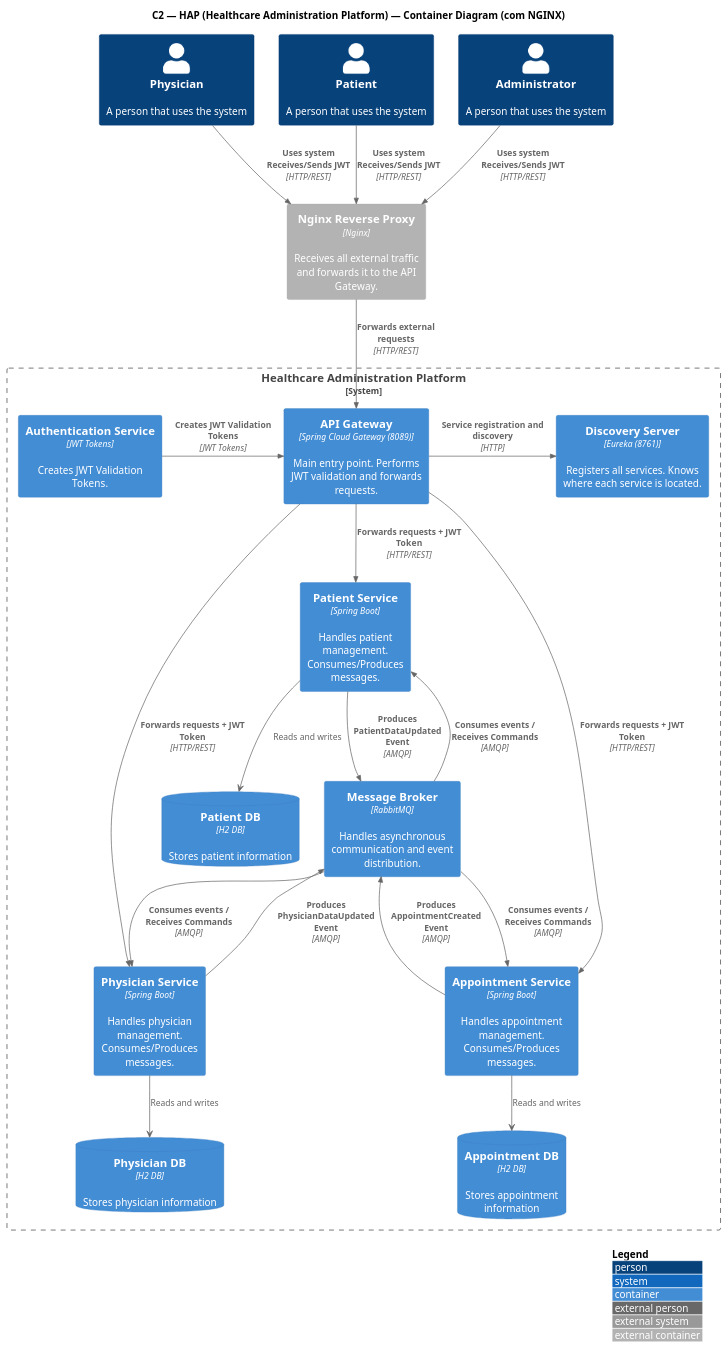
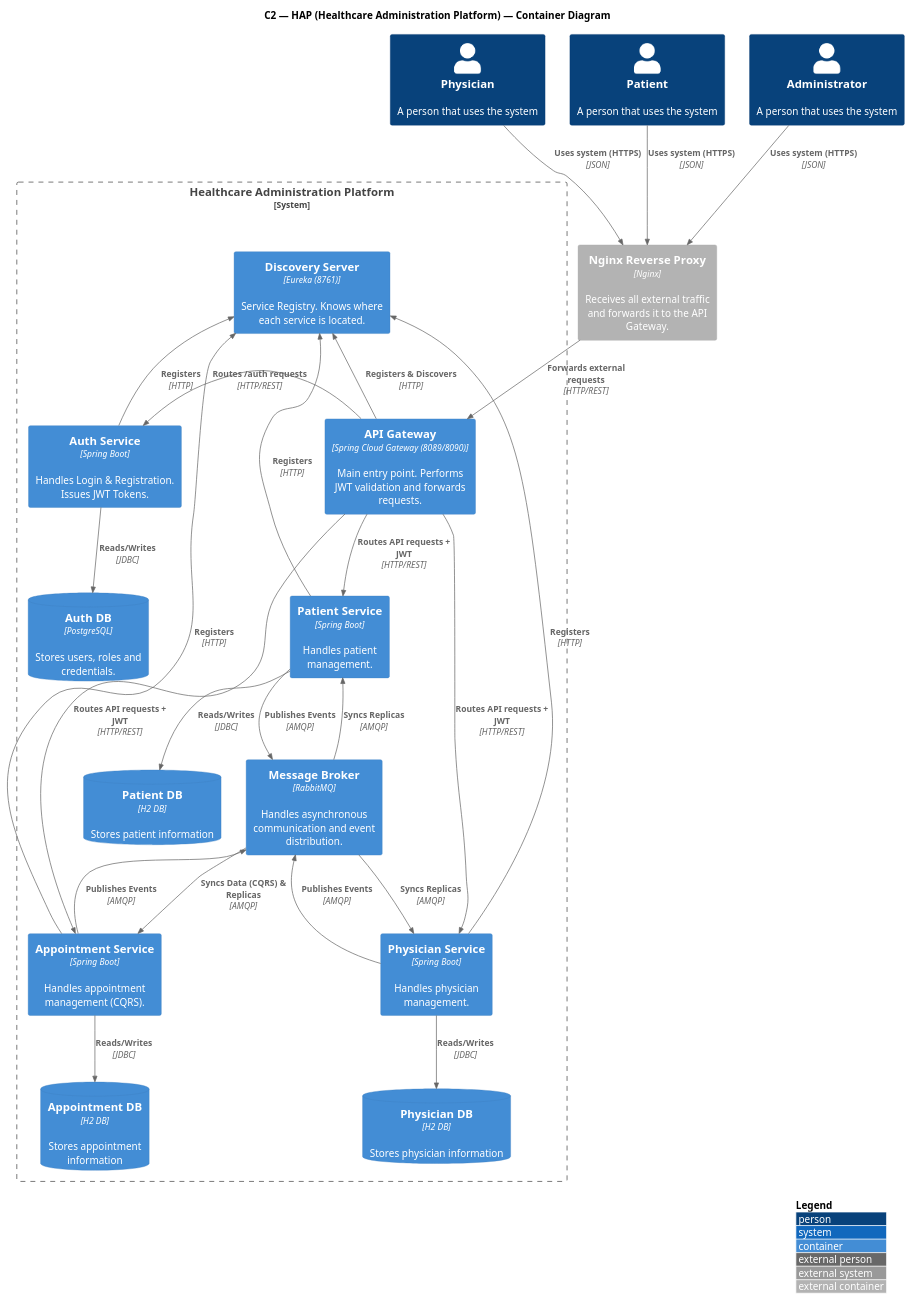
Before and after one commit to 1211104/PROJ_SIDIS2025: the diagram in docs/iteração2/C4/C2.puml, drawn with PlantUML. The commit also changed 3 other files, not shown here.

```diff
--- a/docs/iteração2/C4/C2.puml
+++ b/docs/iteração2/C4/C2.puml
@@ -1,65 +1,78 @@
 @startuml
-title C2 — HAP (Healthcare Administration Platform) — Container Diagram (com NGINX)
+title C2 — HAP (Healthcare Administration Platform) — Container Diagram
 
 !include https://raw.githubusercontent.com/plantuml-stdlib/C4-PlantUML/master/C4_Container.puml
 LAYOUT_WITH_LEGEND()
 
+' --- ATORES ---
 Person(physician, "Physician", "A person that uses the system")
 Person(patient, "Patient", "A person that uses the system")
 Person(admin, "Administrator", "A person that uses the system")
 
 skinparam shadowing false
 
-
+' --- EXTERNO ---
 Container_Ext(nginx, "Nginx Reverse Proxy", "Nginx", "Receives all external traffic and forwards it to the API Gateway.")
-
 
 System_Boundary(hap, "Healthcare Administration Platform") {
 
-  Container(api_gw, "API Gateway", "Spring Cloud Gateway (8089)", "Main entry point. Performs JWT validation and forwards requests.")
-  Container(authService, "Authentication Service", "JWT Tokens", "Creates JWT Validation Tokens.")
-  Container(discovery_server, "Discovery Server", "Eureka (8761)", "Registers all services. Knows where each service is located.")
+  ' --- INFRAESTRUTURA ---
+  Container(api_gw, "API Gateway", "Spring Cloud Gateway (8089/8090)", "Main entry point. Performs JWT validation and forwards requests.")
+  Container(discovery_server, "Discovery Server", "Eureka (8761)", "Service Registry. Knows where each service is located.")
   Container(rabbitmq, "Message Broker", "RabbitMQ", "Handles asynchronous communication and event distribution.")
 
-  Container(physiansService, "Physician Service", "Spring Boot", "Handles physician management. Consumes/Produces messages.")
-  Container(patientsService, "Patient Service", "Spring Boot", "Handles patient management. Consumes/Produces messages.")
-  Container(appointmentService, "Appointment Service", "Spring Boot", "Handles appointment management. Consumes/Produces messages.")
+  ' --- AUTHENTICATION ---
+  Container(authService, "Auth Service", "Spring Boot", "Handles Login & Registration. Issues JWT Tokens.")
+  ContainerDb(AuthDB, "Auth DB", "PostgreSQL", "Stores users, roles and credentials.")
 
+  ' --- BUSINESS SERVICES ---
+  Container(physiansService, "Physician Service", "Spring Boot", "Handles physician management.")
+  Container(patientsService, "Patient Service", "Spring Boot", "Handles patient management.")
+  Container(appointmentService, "Appointment Service", "Spring Boot", "Handles appointment management (CQRS).")
+
+  ' --- DATABASES ---
   ContainerDb(PatientsDB, "Patient DB", "H2 DB", "Stores patient information")
   ContainerDb(PhysiciansDB, "Physician DB", "H2 DB", "Stores physician information")
   ContainerDb(AppointmentsDB, "Appointment DB", "H2 DB", "Stores appointment information")
 
 }
 
-
-Rel(physician, nginx, "Uses system\nReceives/Sends JWT", "HTTP/REST")
-Rel(patient, nginx, "Uses system\nReceives/Sends JWT", "HTTP/REST")
-Rel(admin, nginx, "Uses system\nReceives/Sends JWT", "HTTP/REST")
-
+' --- RELAÇÕES DE ENTRADA ---
+Rel(physician, nginx, "Uses system (HTTPS)", "JSON")
+Rel(patient, nginx, "Uses system (HTTPS)", "JSON")
+Rel(admin, nginx, "Uses system (HTTPS)", "JSON")
 
 Rel(nginx, api_gw, "Forwards external requests", "HTTP/REST")
 
+' --- RELAÇÕES DE ROTEAMENTO (GATEWAY) ---
+Rel_Right(api_gw, authService, "Routes /auth requests", "HTTP/REST")
+Rel_Down(api_gw, physiansService, "Routes API requests + JWT", "HTTP/REST")
+Rel_Down(api_gw, patientsService, "Routes API requests + JWT", "HTTP/REST")
+Rel_Down(api_gw, appointmentService, "Routes API requests + JWT", "HTTP/REST")
 
-Rel_Right(authService, api_gw, "Creates JWT Validation Tokens", "JWT Tokens")
+' --- RELAÇÕES DE BASE DE DADOS ---
+Rel(authService, AuthDB, "Reads/Writes", "JDBC")
+Rel(patientsService, PatientsDB, "Reads/Writes", "JDBC")
+Rel(physiansService, PhysiciansDB, "Reads/Writes", "JDBC")
+Rel(appointmentService, AppointmentsDB, "Reads/Writes", "JDBC")
 
-Rel_Down(api_gw, physiansService, "Forwards requests + JWT Token", "HTTP/REST")
-Rel_Down(api_gw, patientsService, "Forwards requests + JWT Token", "HTTP/REST")
-Rel_Down(api_gw, appointmentService, "Forwards requests + JWT Token", "HTTP/REST")
+' --- RELAÇÕES ASSÍNCRONAS (RABBITMQ) ---
+' Quem envia
+Rel(appointmentService, rabbitmq, "Publishes Events", "AMQP")
+Rel(physiansService, rabbitmq, "Publishes Events", "AMQP")
+Rel_Right(patientsService, rabbitmq, "Publishes Events", "AMQP")
 
-Rel_Right(api_gw, discovery_server, "Service registration and discovery", "HTTP")
+' Quem recebe (CQRS e Sync)
+Rel(rabbitmq, patientsService, "Syncs Replicas", "AMQP")
+Rel(rabbitmq, physiansService, "Syncs Replicas", "AMQP")
+Rel(rabbitmq, appointmentService, "Syncs Data (CQRS) & Replicas", "AMQP")
 
-
-Rel(appointmentService, rabbitmq, "Produces AppointmentCreated Event", "AMQP")
-Rel(physiansService, rabbitmq, "Produces PhysicianDataUpdated Event", "AMQP")
-Rel_Right(patientsService, rabbitmq, "Produces PatientDataUpdated Event", "AMQP")
-
-Rel(rabbitmq, patientsService, "Consumes events / Receives Commands", "AMQP")
-Rel(rabbitmq, physiansService, "Consumes events / Receives Commands", "AMQP")
-Rel(rabbitmq, appointmentService, "Consumes events / Receives Commands", "AMQP")
-
-
-patientsService --> PatientsDB : Reads and writes
-physiansService --> PhysiciansDB : Reads and writes
-appointmentService --> AppointmentsDB : Reads and writes
+' --- SERVICE DISCOVERY (REGISTO) ---
+' Linhas a cinzento para não poluir
+Rel_Left(authService, discovery_server, "Registers", "HTTP")
+Rel_Up(api_gw, discovery_server, "Registers & Discovers", "HTTP")
+Rel_Up(physiansService, discovery_server, "Registers", "HTTP")
+Rel_Up(patientsService, discovery_server, "Registers", "HTTP")
+Rel_Up(appointmentService, discovery_server, "Registers", "HTTP")
 
 @enduml
```
